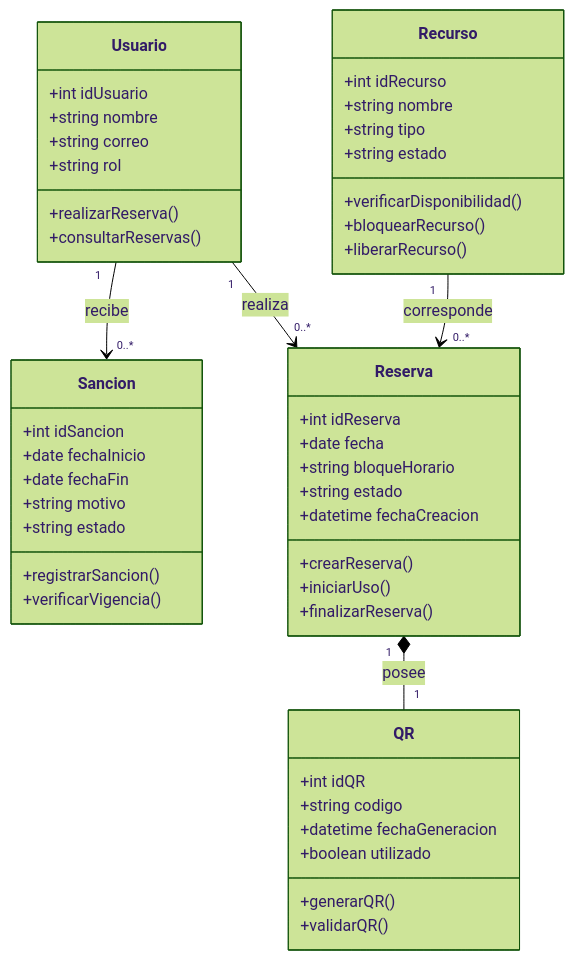
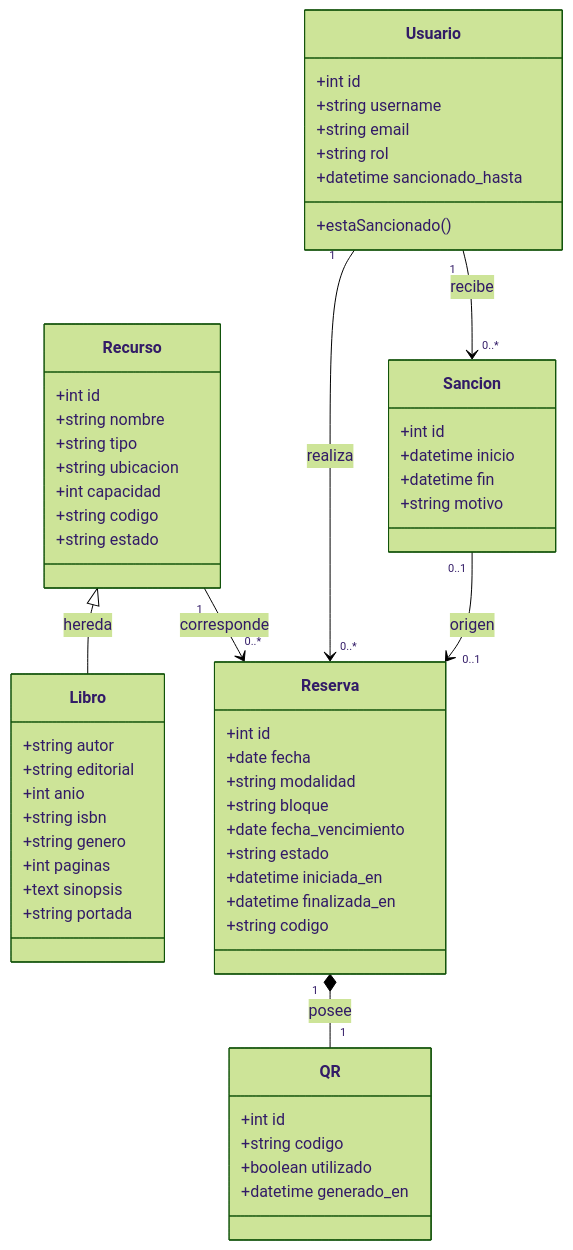
One commit to yordycg/biblioteca-viva changed the diagram in docs/week-02/diagrams/clases.mmd. Above: the diagram before and after it, drawn with Mermaid (forest theme). The commit also changed 96 other files, not shown here.

First line of the commit message:
Semana 3: MVP Django, libros y panel v2 (#5)

```diff
--- a/docs/week-02/diagrams/clases.mmd
+++ b/docs/week-02/diagrams/clases.mmd
@@ -1,59 +1,67 @@
-%% BibliotecaViva — Modelo de clases del MVP
+%% BibliotecaViva — Modelo de clases del MVP (revisión semana 3)
 %% Fuente de verdad del diagrama. Sintaxis Mermaid (GitHub).
-%% Transcrito el 2026-11-05 desde sem2-t2-diagrama-clases.png (entrega de SEM2-T2
-%% de Héctor Oviedo), para que la fuente y la exportación coincidan.
+%% Actualizado el 2026-11-12: Libro, préstamo y 13 bloques.
 
 classDiagram
   class Usuario {
-    +int idUsuario
-    +string nombre
-    +string correo
+    +int id
+    +string username
+    +string email
     +string rol
-    +realizarReserva()
-    +consultarReservas()
+    +datetime sancionado_hasta
+    +estaSancionado()
   }
 
   class Recurso {
-    +int idRecurso
+    +int id
     +string nombre
     +string tipo
+    +string ubicacion
+    +int capacidad
+    +string codigo
     +string estado
-    +verificarDisponibilidad()
-    +bloquearRecurso()
-    +liberarRecurso()
+  }
+
+  class Libro {
+    +string autor
+    +string editorial
+    +int anio
+    +string isbn
+    +string genero
+    +int paginas
+    +text sinopsis
+    +string portada
   }
 
   class Reserva {
-    +int idReserva
+    +int id
     +date fecha
-    +string bloqueHorario
+    +string modalidad
+    +string bloque
+    +date fecha_vencimiento
     +string estado
-    +datetime fechaCreacion
-    +crearReserva()
-    +iniciarUso()
-    +finalizarReserva()
+    +datetime iniciada_en
+    +datetime finalizada_en
+    +string codigo
   }
 
   class QR {
-    +int idQR
+    +int id
     +string codigo
-    +datetime fechaGeneracion
     +boolean utilizado
-    +generarQR()
-    +validarQR()
+    +datetime generado_en
   }
 
   class Sancion {
-    +int idSancion
-    +date fechaInicio
-    +date fechaFin
+    +int id
+    +datetime inicio
+    +datetime fin
     +string motivo
-    +string estado
-    +registrarSancion()
-    +verificarVigencia()
   }
 
-  Usuario "1" --> "0..*" Sancion : recibe
+  Recurso <|-- Libro : hereda
   Usuario "1" --> "0..*" Reserva : realiza
   Recurso "1" --> "0..*" Reserva : corresponde
   Reserva "1" *-- "1" QR : posee
+  Usuario "1" --> "0..*" Sancion : recibe
+  Sancion "0..1" --> "0..1" Reserva : origen
```
